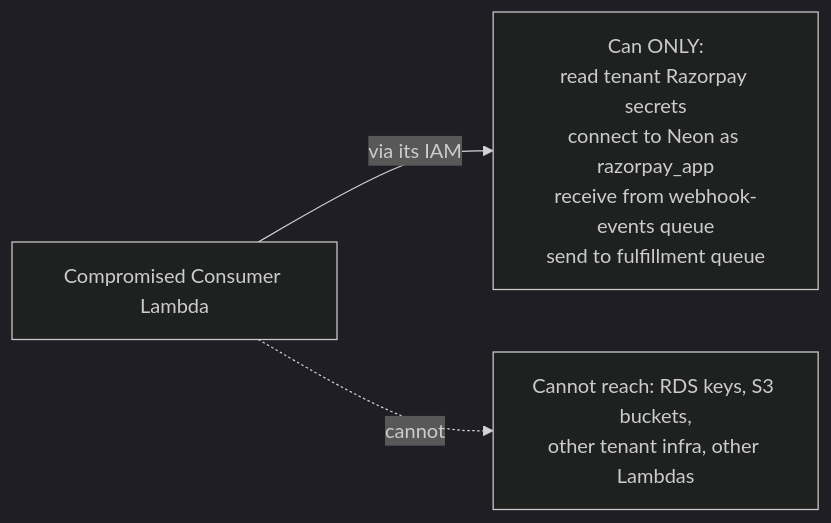
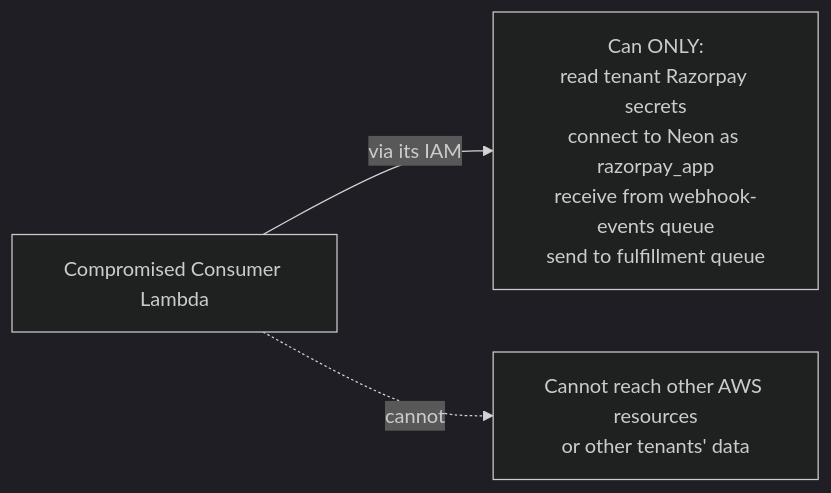
Before and after one commit to akhiljoe/razorpay-payment-integration: the second of 8 diagrams in designs/MIGRATION_WRITEUP.md, drawn with Mermaid (dark theme). The commit also changed other lines of this file and 3 other files, not shown here.

````diff
--- a/designs/MIGRATION_WRITEUP.md
+++ b/designs/MIGRATION_WRITEUP.md
@@ -297,5 +171,5 @@
 ```mermaid
 flowchart LR
     Comp[Compromised Consumer Lambda] -->|via its IAM| Limits[Can ONLY:<br/>read tenant Razorpay secrets<br/>connect to Neon as razorpay_app<br/>receive from webhook-events queue<br/>send to fulfillment queue]
-    Comp -.cannot.-> Other[Cannot reach: RDS keys, S3 buckets,<br/>other tenant infra, other Lambdas]
+    Comp -.cannot.-> Other[Cannot reach other AWS resources<br/>or other tenants' data]
 ```
````
